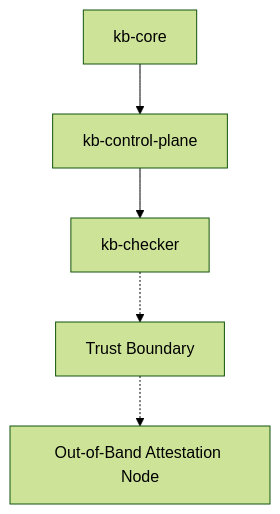
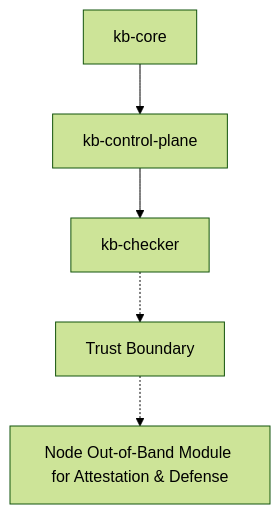
The fourth of 8 diagrams in docs/features/hardware-ext/nomad-hardware-appliance.md (pardhuvarmax/kernel-borderlands), drawn with Mermaid (forest theme) before and after one commit. The commit also changed other lines of this file and 6 other files, not shown here.

First line of the commit message:
rename: finish OAN -> NOMAD content updates missed by prior commit

````diff
--- a/docs/features/hardware-ext/nomad-hardware-appliance.md
+++ b/docs/features/hardware-ext/nomad-hardware-appliance.md
@@ -260,7 +260,7 @@
 ```mermaid
 graph TD
     CORE["kb-core"] --> CP["kb-control-plane"]
     CP --> KBC["kb-checker"]
     KBC -.-> BOUNDARY["Trust Boundary"]
-    BOUNDARY -.-> OAN["Out-of-Band Attestation Node"]
+    BOUNDARY -.-> NOMAD["Node Out-of-Band Module for Attestation & Defense"]
 ```
````
